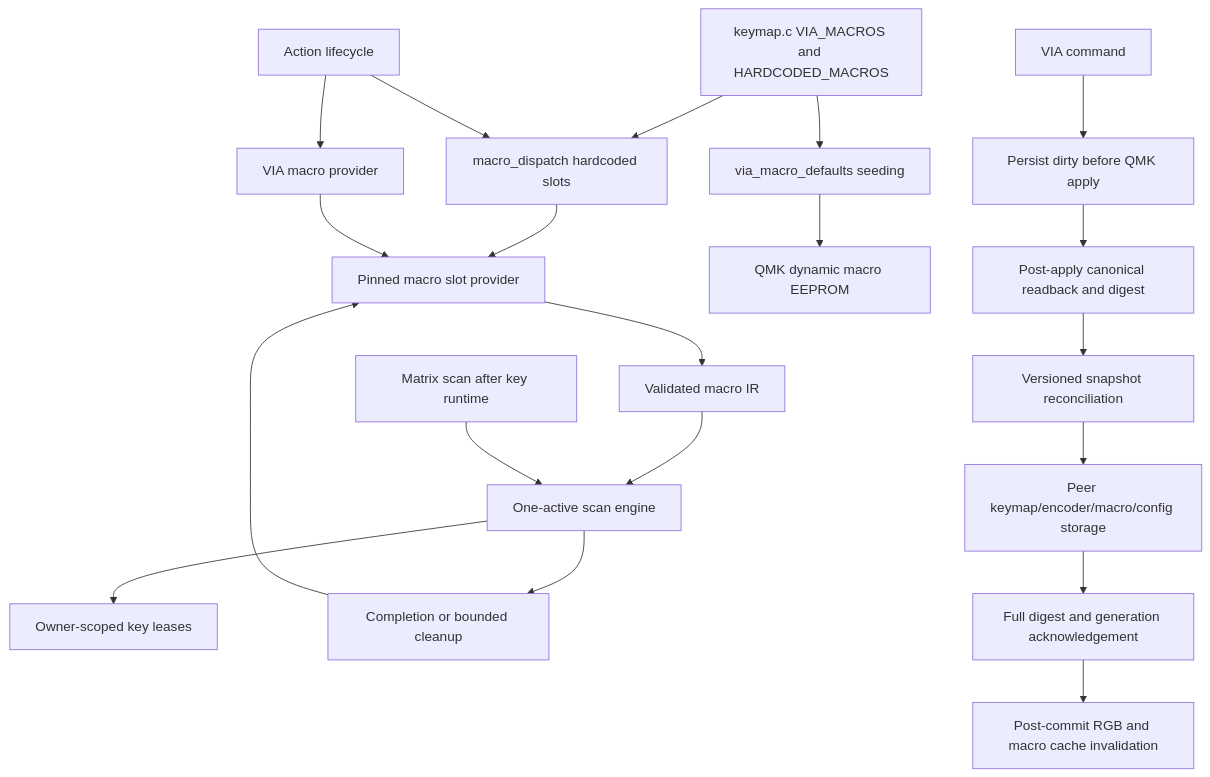
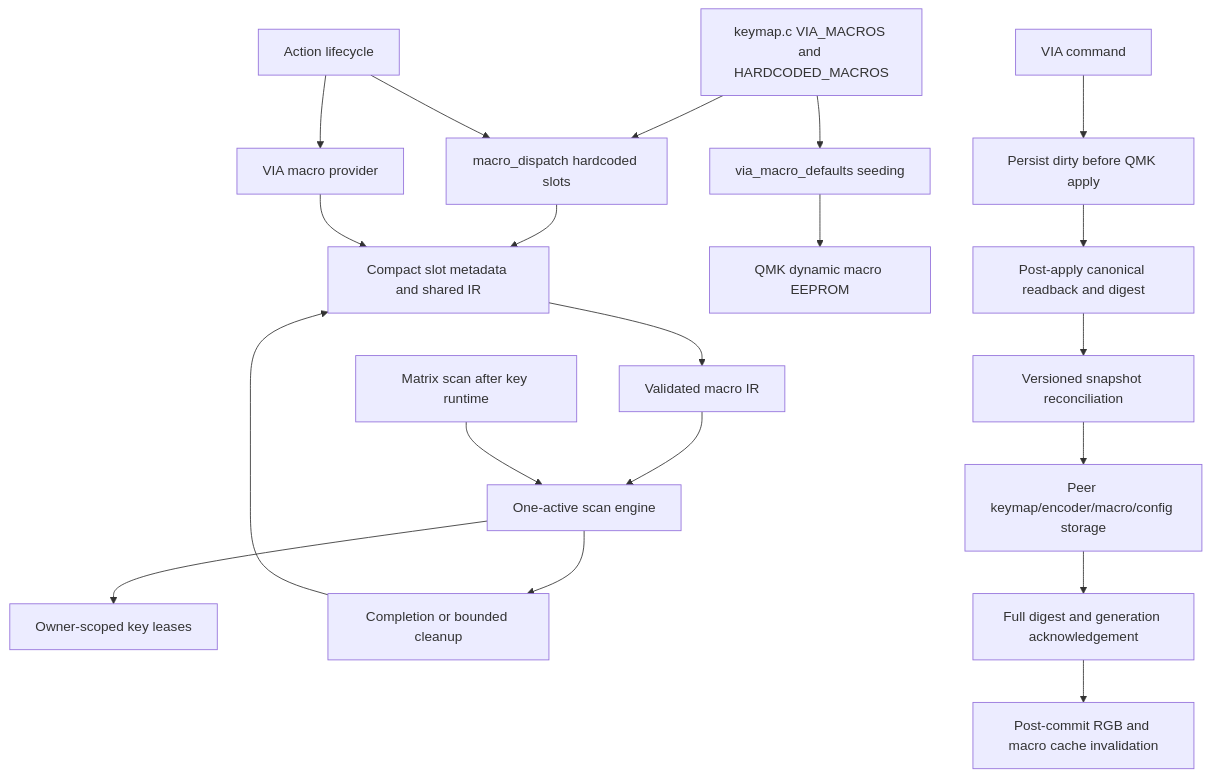
Before and after one commit to NoahCLR/charybdis-4x6: the ninth of 10 diagrams in docs/architecture/runtime-flow.md, drawn with Mermaid. The commit also changed other lines of this file and 24 other files, not shown here.

First line of the commit message:
Reduce macro slot RAM with shared active IR

````diff
--- a/docs/architecture/runtime-flow.md
+++ b/docs/architecture/runtime-flow.md
@@ -213,22 +213,22 @@
 ```mermaid
 flowchart TD
     keymap["keymap.c VIA_MACROS and HARDCODED_MACROS"] --> hardcoded["macro_dispatch hardcoded slots"]
     keymap --> via_defaults["via_macro_defaults seeding"]
     action["Action lifecycle"] --> via_play["VIA macro provider"]
     action --> hardcoded
-    hardcoded --> provider["Pinned macro slot provider"]
+    hardcoded --> provider["Compact slot metadata and shared IR"]
     via_play --> provider
     provider --> payload["Validated macro IR"]
     payload --> engine["One-active scan engine"]
     scan["Matrix scan after key runtime"] --> engine
     engine --> leases["Owner-scoped key leases"]
     engine --> finish["Completion or bounded cleanup"]
     finish --> provider
     via_defaults --> storage["QMK dynamic macro EEPROM"]
     via_command["VIA command"] --> dirty["Persist dirty before QMK apply"]
     dirty --> committed["Post-apply canonical readback and digest"]
     committed --> via_split["Versioned snapshot reconciliation"]
     via_split --> slave["Peer keymap/encoder/macro/config storage"]
     slave --> verify["Full digest and generation acknowledgement"]
     verify --> rgb_invalidate["Post-commit RGB and macro cache invalidation"]
 ```
````
